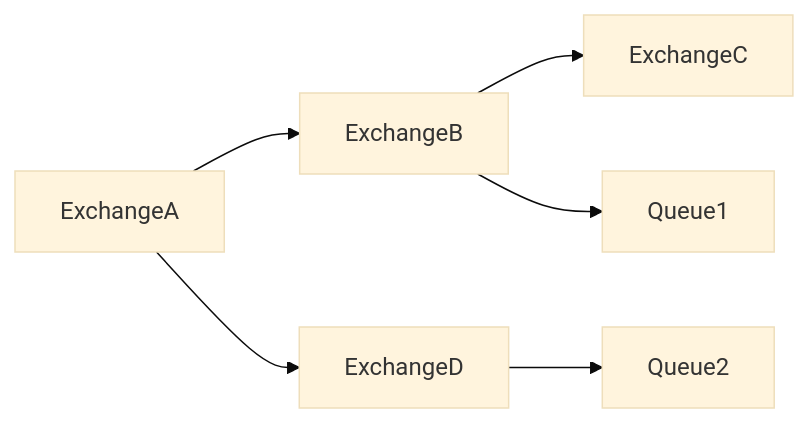
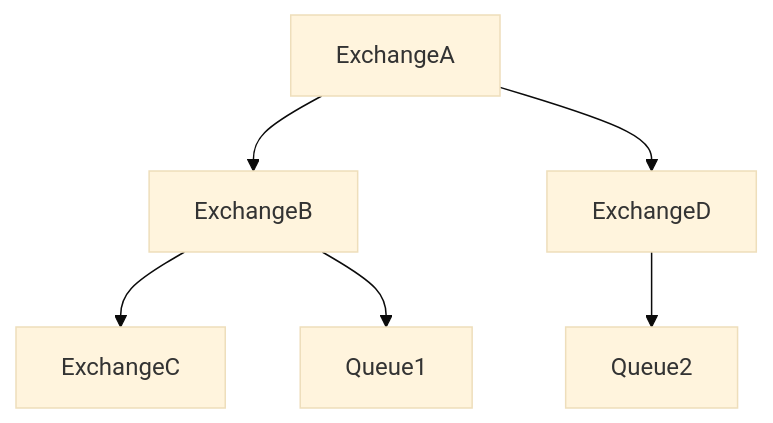
The diagram in nservicebus/eventstoretransport/index_topology_eventstoretransport_[,2).partial.md (Particular/docs.particular.net), drawn with Mermaid (base theme) before and after one commit.

Commit message:
graph top-bottom

````diff
--- a/nservicebus/eventstoretransport/index_topology_eventstoretransport_[,2).partial.md
+++ b/nservicebus/eventstoretransport/index_topology_eventstoretransport_[,2).partial.md
@@ -1,8 +1,8 @@
 ```mermaid
-graph LR
+graph TB
     A[ExchangeA] --> B[ExchangeB]
     A --> D[ExchangeD]
 	B --> C[ExchangeC]
 	B --> Q1[Queue1]
 	D --> Q2[Queue2]
 ```
````
